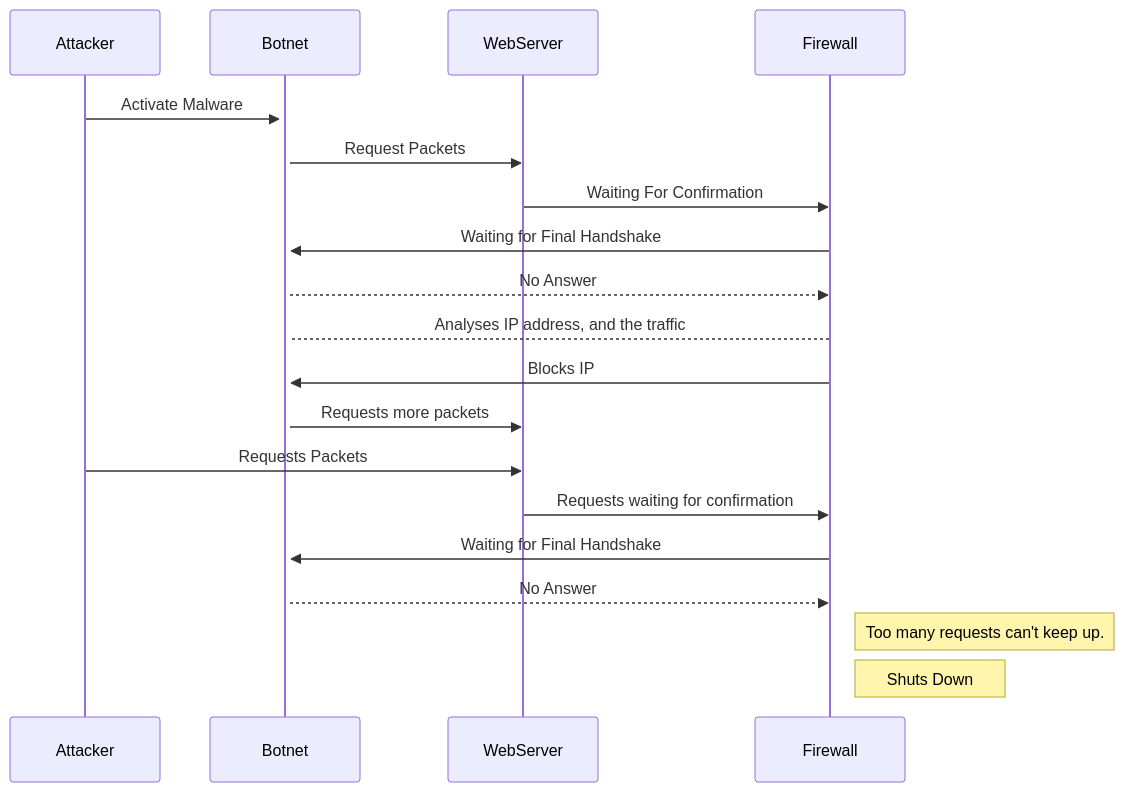
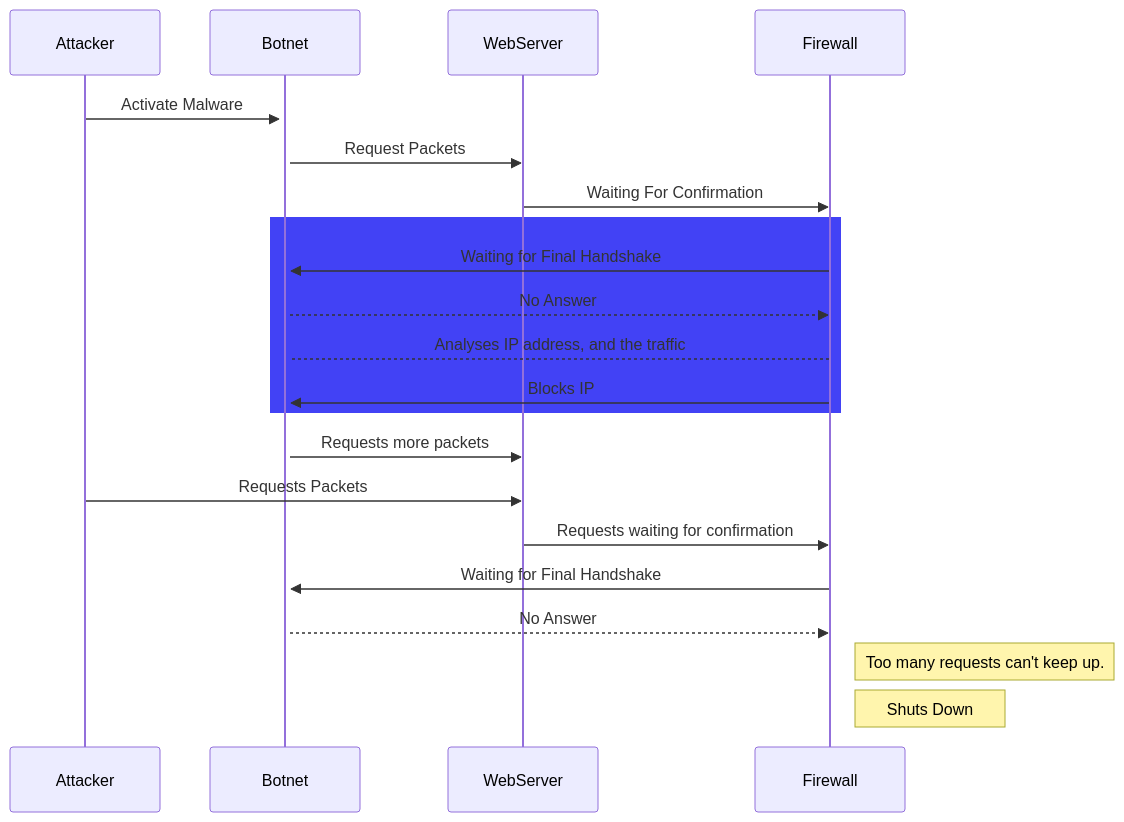
Before and after one commit to lfluarte/lfluarte.github.io: the diagram in DDoS_Attack_Sequence.md, drawn with Mermaid.

````diff
--- a/DDoS_Attack_Sequence.md
+++ b/DDoS_Attack_Sequence.md
@@ -2,21 +2,23 @@
 ```mermaid 
 sequenceDiagram
 participant Attacker
 participant Botnet
 participant WebServer
 participant Firewall
 Attacker->>+Botnet: Activate Malware
 Botnet->>WebServer: Request Packets
 WebServer->>Firewall: Waiting For Confirmation
+rect rgb(66, 66, 245)
 Firewall->>Botnet: Waiting for Final Handshake
 Botnet-->>Firewall: No Answer
 Firewall-->Botnet: Analyses IP address, and the traffic
-Firewall->>Botnet: Blocks IP 
+Firewall->>Botnet: Blocks IP
+end 
 Botnet->>WebServer: Requests more packets
 Attacker->>WebServer: Requests Packets
 WebServer->>Firewall: Requests waiting for confirmation
 Firewall->>Botnet: Waiting for Final Handshake
 Botnet-->>Firewall: No Answer
 Note Right of Firewall: Too many requests can't keep up.
 Note Right of Firewall: Shuts Down
 ```
````
